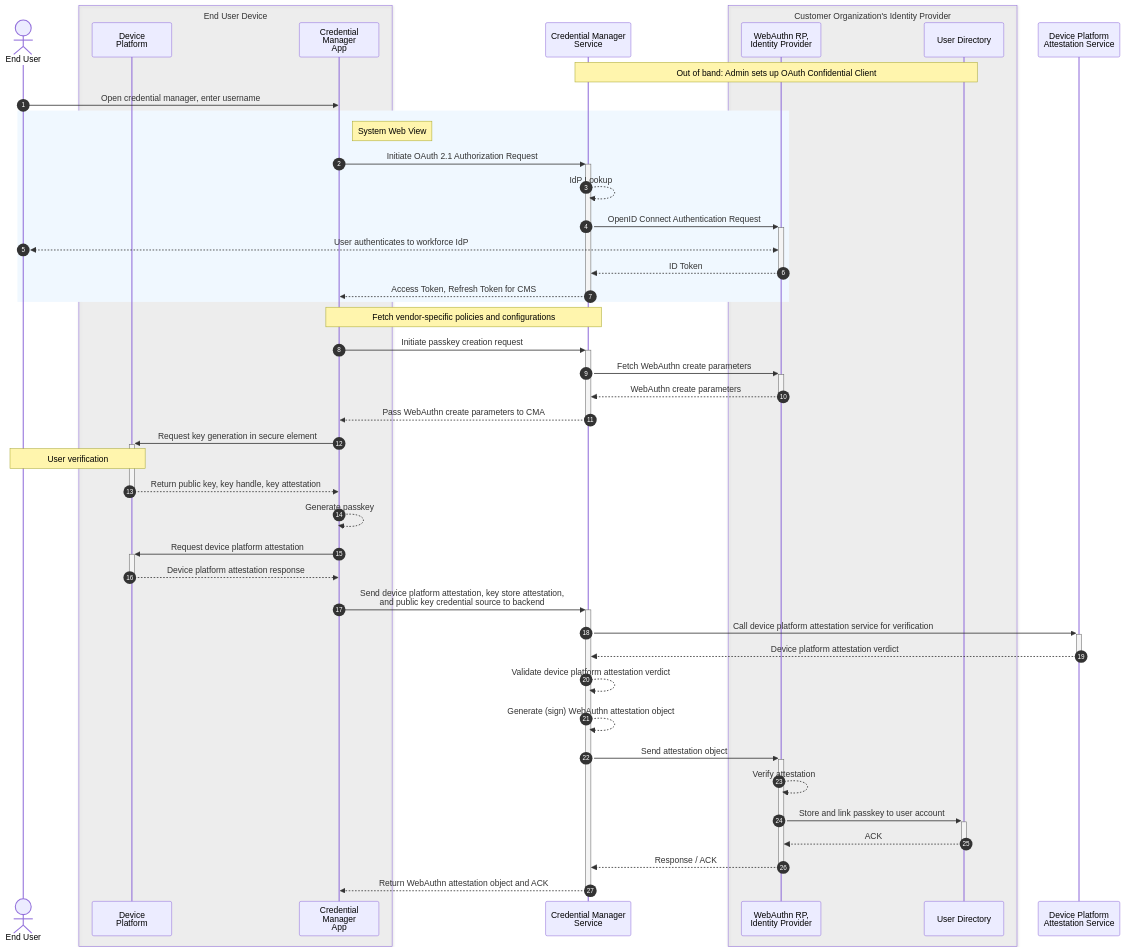
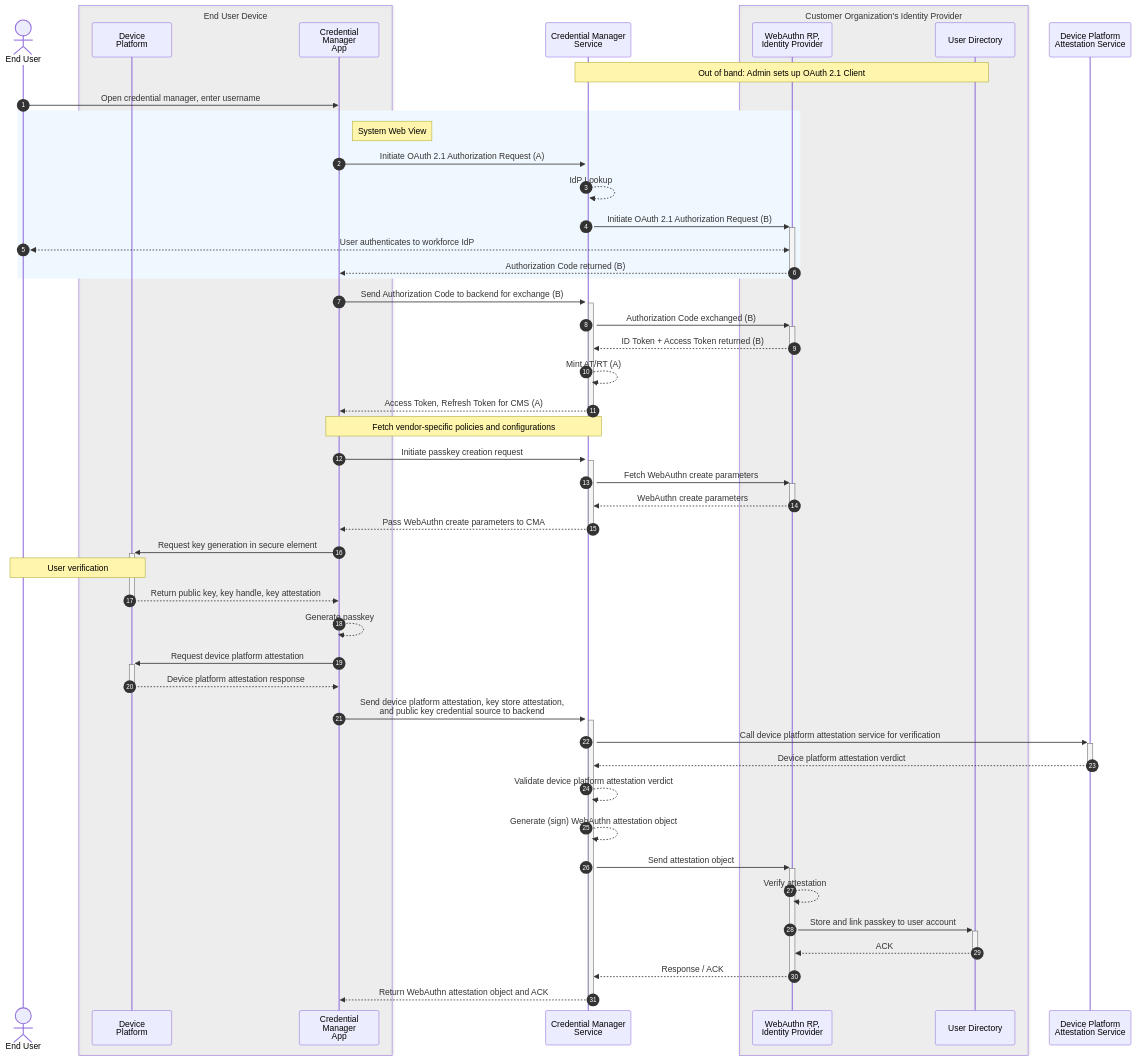
One commit to timcappalli/explainers changed the diagram in WebAuthnDirectRegistrationWorkforce/explainer.md. Above: the diagram before and after it, drawn with Mermaid. The commit also changed other lines of this file and 1 other file, not shown here.

Commit message:
Delegation, OAuth 2.1 flow tweaks, SWV diagram tweak

````diff
--- a/WebAuthnDirectRegistrationWorkforce/explainer.md
+++ b/WebAuthnDirectRegistrationWorkforce/explainer.md
@@ -91,48 +94,52 @@
 ```mermaid
 sequenceDiagram
     autonumber
     actor EU as End User
     box rgba(220,220,220,0.2) End User Device
         participant EUDP as Device<br/>Platform
         participant CMA as Credential<br/>Manager<br/>App
     end
     participant CMS as Credential Manager<br/>Service
     box rgba(220,220,220,0.2) Customer Organization's Identity Provider
         participant WRPIDP as WebAuthn RP,<br/>Identity Provider
         participant UD as User Directory
     end
     participant ATT as Device Platform <br/>Attestation Service
-    Note over CMS,UD: Out of band: Admin sets up OAuth Confidential Client
+    Note over CMS,UD: Out of band: Admin sets up OAuth 2.1 Client
     EU->>CMA: Open credential manager, enter username
     rect rgb(240, 248, 255)
         note right of CMA: System Web View
-        CMA->>+CMS: Initiate OAuth 2.1 Authorization Request
+        CMA->>+CMS: Initiate OAuth 2.1 Authorization Request (A)
         CMS-->>CMS: IdP Lookup
-        CMS->>+WRPIDP: OpenID Connect Authentication Request
+        CMS->>+WRPIDP: Initiate OAuth 2.1 Authorization Request (B)
         EU<<-->>WRPIDP: User authenticates to workforce IdP
-        WRPIDP-->>-CMS: ID Token
-        CMS-->>-CMA: Access Token, Refresh Token for CMS
+        WRPIDP-->>-CMA: Authorization Code returned (B)
     end
+    CMA->>+CMS: Send Authorization Code to backend for exchange (B)
+    CMS->>+WRPIDP: Authorization Code exchanged (B)
+    WRPIDP-->>-CMS: ID Token + Access Token returned (B)
+    CMS-->>CMS: Mint AT/RT (A)
+    CMS-->>-CMA: Access Token, Refresh Token for CMS (A)
     Note over CMA,CMS: Fetch vendor-specific policies and configurations
     CMA->>+CMS: Initiate passkey creation request
     CMS->>+WRPIDP: Fetch WebAuthn create parameters
     WRPIDP-->>-CMS: WebAuthn create parameters
     CMS-->>-CMA: Pass WebAuthn create parameters to CMA
     CMA->>+EUDP: Request key generation in secure element
     Note over EU,EUDP: User verification
     EUDP-->>-CMA: Return public key, key handle, key attestation
     CMA-->>CMA: Generate passkey
     CMA->>+EUDP: Request device platform attestation
     EUDP-->>-CMA: Device platform attestation response
     CMA->>+CMS: Send device platform attestation, key store attestation,<br>and public key credential source to backend
     CMS->>+ATT: Call device platform attestation service for verification
     ATT-->>-CMS: Device platform attestation verdict
     CMS-->>CMS: Validate device platform attestation verdict
     CMS-->>CMS: Generate (sign) WebAuthn attestation object
     CMS->>+WRPIDP: Send attestation object
     WRPIDP-->>WRPIDP: Verify attestation
     WRPIDP->>+UD: Store and link passkey to user account
     UD-->>-WRPIDP: ACK
     WRPIDP-->>-CMS: Response / ACK
     CMS-->>-CMA: Return WebAuthn attestation object and ACK
 ```
````
